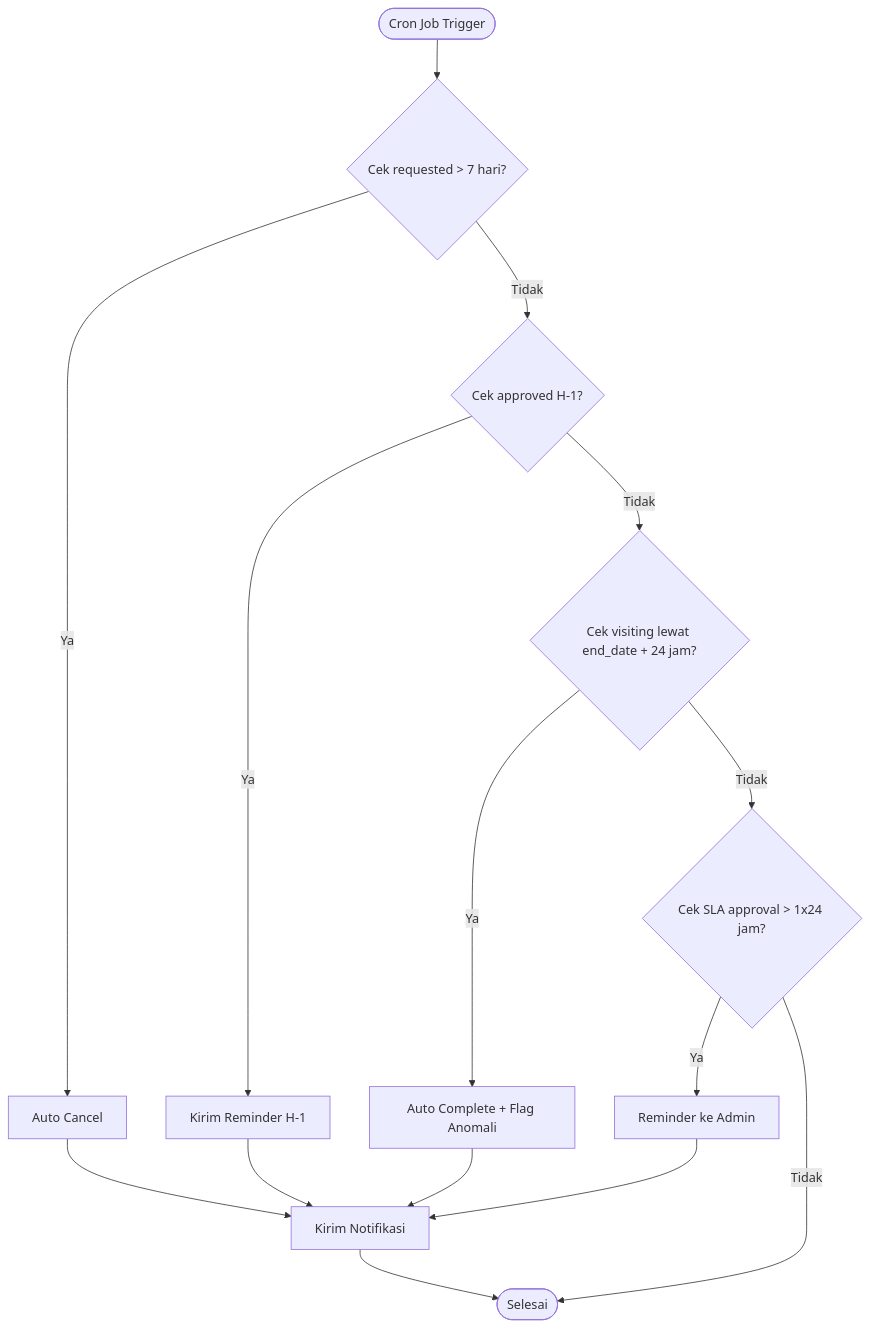
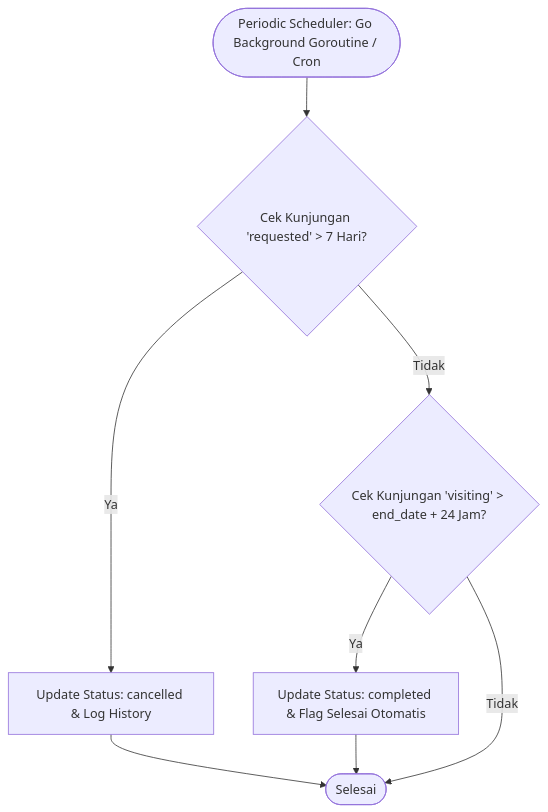
One commit to andyderis36/thc-vms changed the diagram in docs/2. User Flow Diagram/2.6 Flow Auto-Rules (Background Job).mermaid. Above: the diagram before and after it, drawn with Mermaid. The commit also changed 26 other files, not shown here.

Commit message:
Remove outdated documentation files for THC Visitor Management, including screen inventory, design system, user flow, internal and external screen specs, and prompt templates.

```diff
--- a/docs/2. User Flow Diagram/2.6 Flow Auto-Rules (Background Job).mermaid
+++ b/docs/2. User Flow Diagram/2.6 Flow Auto-Rules (Background Job).mermaid
@@ -1,19 +1,11 @@
 flowchart TD
-    Start([Cron Job Trigger]) --> CekRequested{Cek requested > 7 hari?}
-    CekRequested -- Ya --> AutoCancel[Auto Cancel]
-    CekRequested -- Tidak --> CekApproved
+    Start([Periodic Scheduler: Go Background Goroutine / Cron]) --> CekExpired{Cek Kunjungan 'requested' > 7 Hari?}
+    CekExpired -- Ya --> AutoCancel[Update Status: cancelled & Log History]
+    CekExpired -- Tidak --> CekOverstay
     
-    CekApproved{Cek approved H-1?} -- Ya --> ReminderH1[Kirim Reminder H-1]
-    CekApproved -- Tidak --> CekVisiting
+    CekOverstay{Cek Kunjungan 'visiting' > end_date + 24 Jam?}
+    CekOverstay -- Ya --> AutoComplete[Update Status: completed & Flag Selesai Otomatis]
+    CekOverstay -- Tidak --> Selesai([Selesai])
     
-    CekVisiting{Cek visiting lewat end_date + 24 jam?} -- Ya --> AutoComplete[Auto Complete + Flag Anomali]
-    CekVisiting -- Tidak --> CekSLA
-    
-    CekSLA{Cek SLA approval > 1x24 jam?} -- Ya --> ReminderAdmin[Reminder ke Admin]
-    CekSLA -- Tidak --> Selesai([Selesai])
-    
-    AutoCancel --> Notif[Kirim Notifikasi]
-    ReminderH1 --> Notif
-    AutoComplete --> Notif
-    ReminderAdmin --> Notif
-    Notif --> Selesai
+    AutoCancel --> Selesai
+    AutoComplete --> Selesai
```
